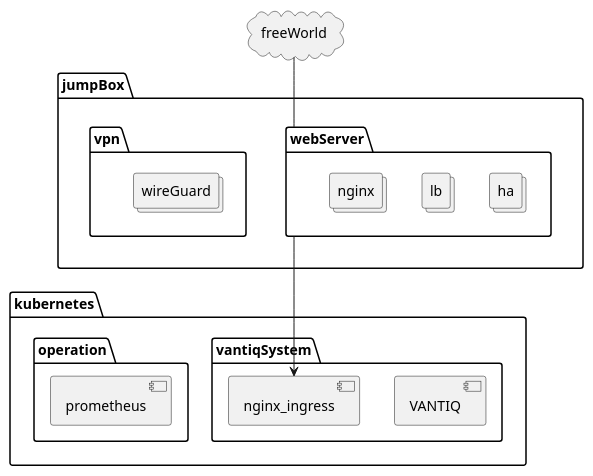
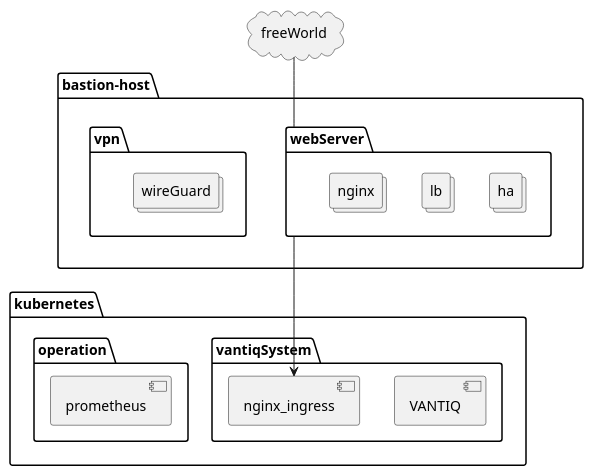
Before and after one commit to j3ffyang/ansible: the first of 2 diagrams in README.md, drawn with PlantUML. The commit also changed other lines of this file, not shown here.

````diff
--- a/README.md
+++ b/README.md
@@ -61,39 +66,39 @@
 ```plantuml
 
 cloud freeWorld
 
-package jumpBox {
+package bastion-host {
   package webServer {
     collections nginx
     collections lb
     collections ha
 
     nginx -[hidden]> lb
     lb -[hidden]> ha
   }
 
   package vpn {
     collections wireGuard
   }
 
   webServer -[hidden]> vpn
 }
 
 
 package kubernetes {
   package vantiqSystem {
 
   component nginx_ingress
   component VANTIQ
 
   nginx_ingress -[hidden]> VANTIQ
   }
 
   package operation {
     component prometheus
   }
 }
 
 freeWorld -- webServer
 webServer --> nginx_ingress
 ```
````
